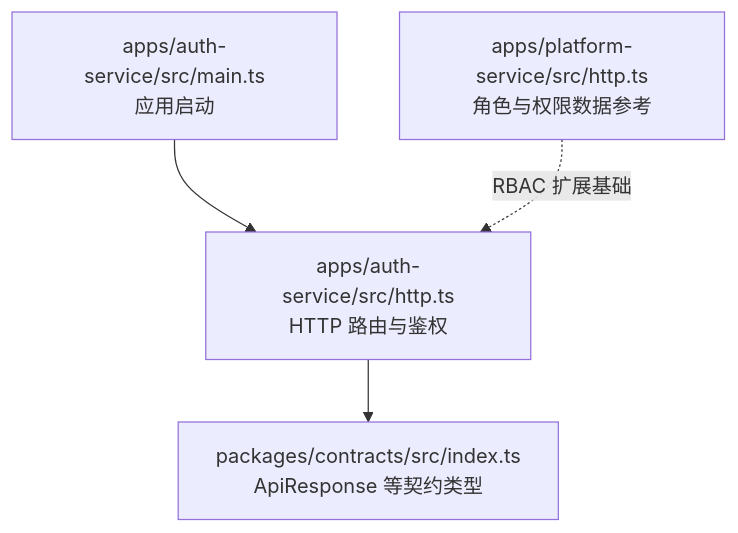
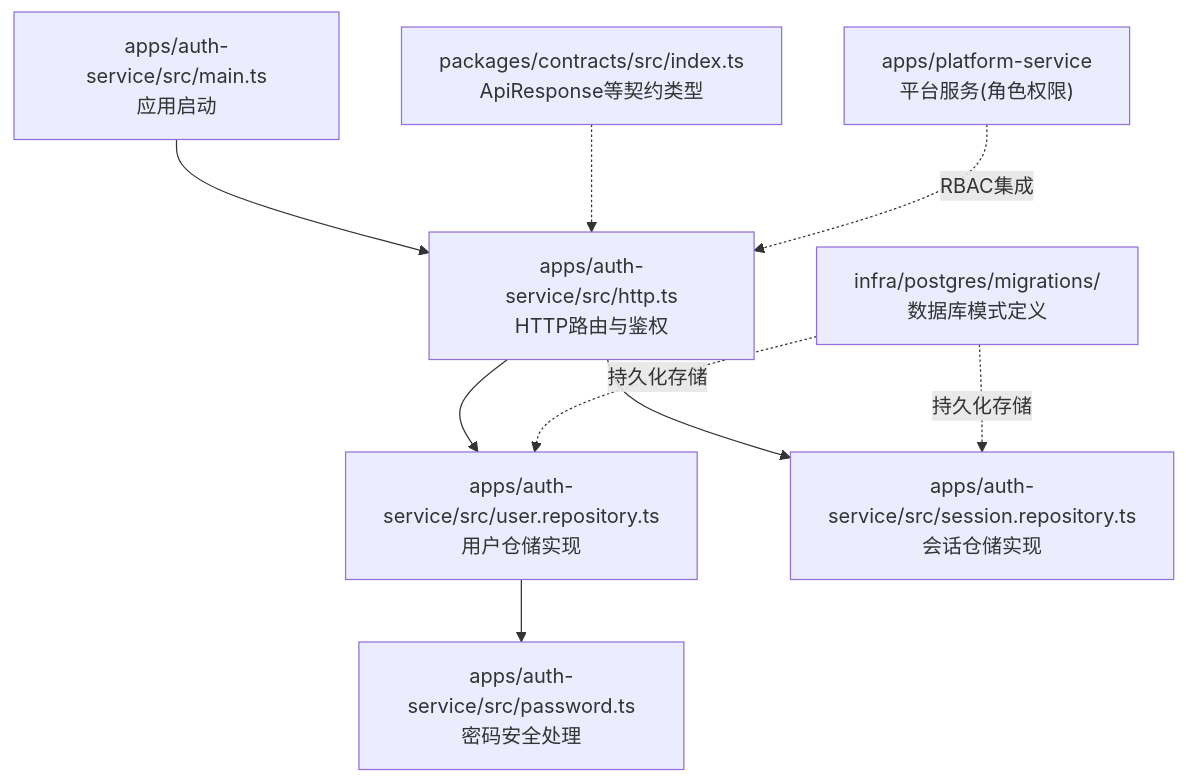
One commit to q446328246/agri-platform changed the first of 7 diagrams in .qoder/repowiki/zh/content/核心服务文档/认证授权服务.md. Above: the diagram before and after it, drawn with Mermaid. The commit also changed other lines of this file and 84 other files, not shown here.

````diff
--- a/.qoder/repowiki/zh/content/核心服务文档/认证授权服务.md
+++ b/.qoder/repowiki/zh/content/核心服务文档/认证授权服务.md
@@ -39,6 +52,11 @@
 ```mermaid
 graph TB
-A["apps/auth-service/src/main.ts<br/>应用启动"] --> B["apps/auth-service/src/http.ts<br/>HTTP 路由与鉴权"]
-B --> C["packages/contracts/src/index.ts<br/>ApiResponse 等契约类型"]
-D["apps/platform-service/src/http.ts<br/>角色与权限数据参考"] -.->|RBAC 扩展基础| B
+A["apps/auth-service/src/main.ts<br/>应用启动"] --> B["apps/auth-service/src/http.ts<br/>HTTP路由与鉴权"]
+B --> C["apps/auth-service/src/user.repository.ts<br/>用户仓储实现"]
+B --> D["apps/auth-service/src/session.repository.ts<br/>会话仓储实现"]
+C --> E["apps/auth-service/src/password.ts<br/>密码安全处理"]
+F["infra/postgres/migrations/<br/>数据库模式定义"] -.->|持久化存储| C
+F -.->|持久化存储| D
+G["packages/contracts/src/index.ts<br/>ApiResponse等契约类型"] -.-> B
+H["apps/platform-service<br/>平台服务(角色权限)"] -.->|RBAC集成| B
 ```
````
